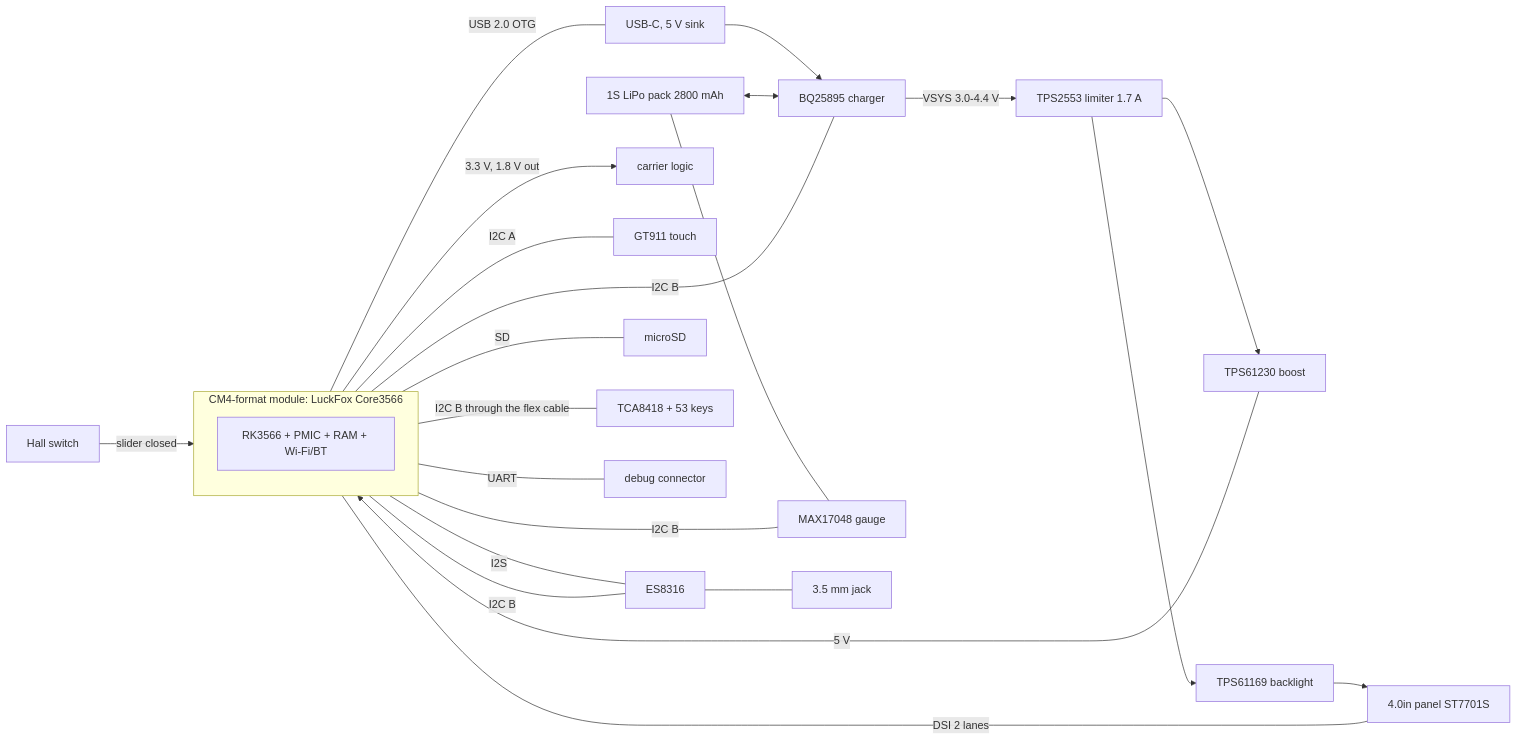
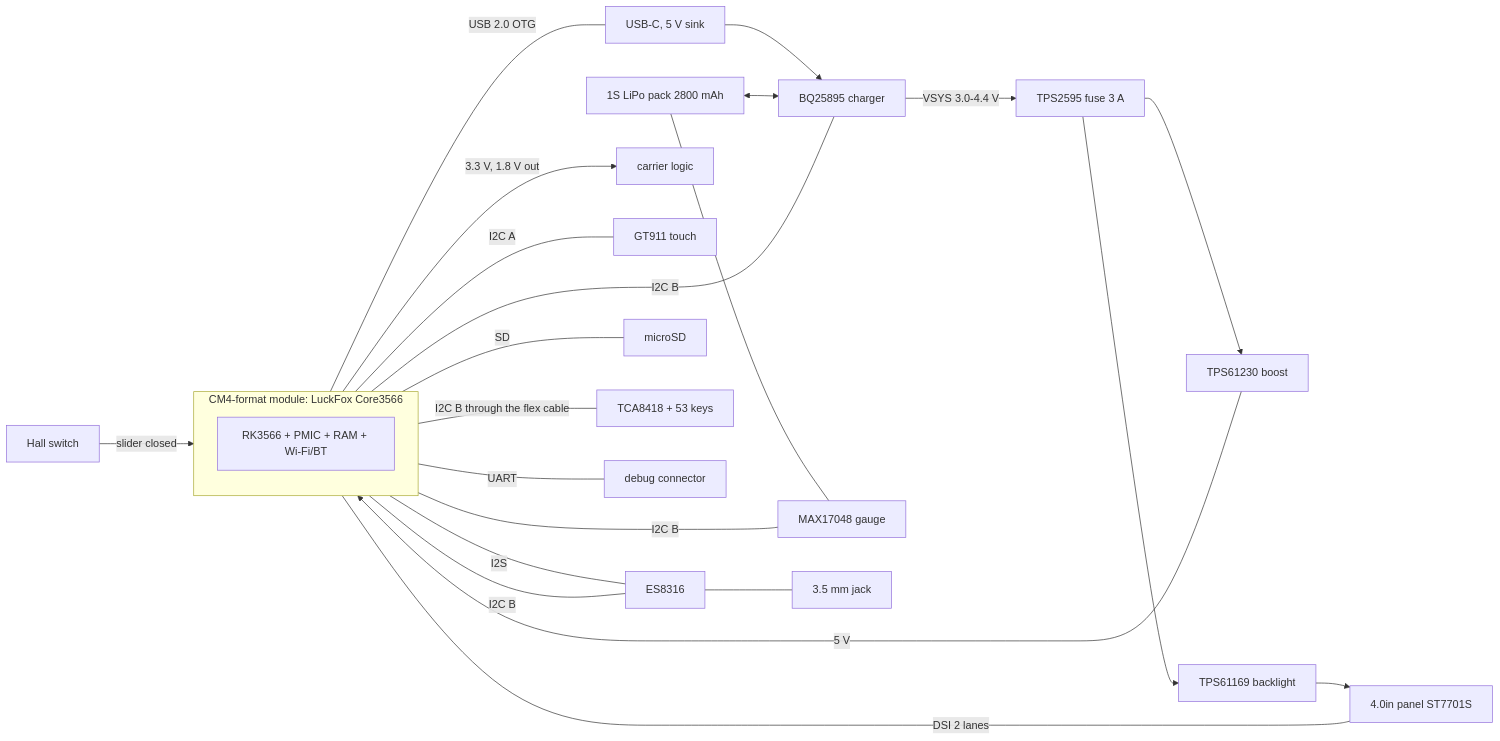
The diagram in docs/architecture.md (ruapotato/hackerslide), drawn with Mermaid before and after one commit. The commit also changed other lines of this file and 29 other files, not shown here.

````diff
--- a/docs/architecture.md
+++ b/docs/architecture.md
@@ -3,23 +3,23 @@
 ```mermaid
 flowchart LR
   USBC[USB-C, 5 V sink] --> CHG[BQ25895 charger]
   BAT[1S LiPo pack 2800 mAh] <--> CHG
   BAT --- GAUGE[MAX17048 gauge]
-  CHG -->|VSYS 3.0-4.4 V| LIM[TPS2553 limiter 1.7 A]
+  CHG -->|VSYS 3.0-4.4 V| LIM[TPS2595 fuse 3 A]
   LIM --> BOOST[TPS61230 boost] -->|5 V| MOD
   LIM --> BL[TPS61169 backlight]
   subgraph MOD[CM4-format module: LuckFox Core3566]
     SOC[RK3566 + PMIC + RAM + Wi-Fi/BT]
   end
   MOD -->|3.3 V, 1.8 V out| RAILS[carrier logic]
   MOD ---|DSI 2 lanes| PANEL[4.0in panel ST7701S]
   MOD ---|I2C A| TOUCH[GT911 touch]
   BL --> PANEL
   MOD ---|I2S| CODEC[ES8316] --- JACK[3.5 mm jack]
   MOD ---|SD| SDC[microSD]
   MOD ---|USB 2.0 OTG| USBC
   MOD ---|I2C B| CHG & GAUGE & CODEC
   MOD ---|I2C B through the flex cable| KBD[TCA8418 + 53 keys]
   HALL[Hall switch] -->|slider closed| MOD
   MOD ---|UART| DBG[debug connector]
 ```
````
